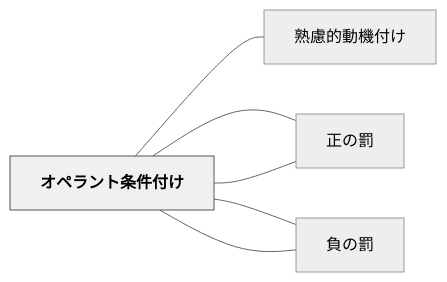
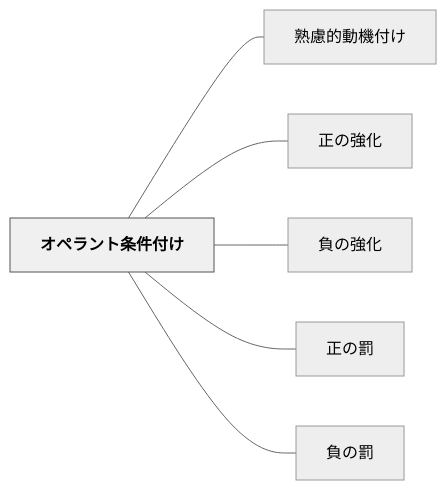
Before and after one commit to unknownthings-ed-patterns/unknownthings-ed-patterns: the diagram in content/パタン/オペラント条件付け.md, drawn with Mermaid (neutral theme). The commit also changed 527 other files, not shown here.

````diff
--- a/content/パタン/オペラント条件付け.md
+++ b/content/パタン/オペラント条件付け.md
@@ -44,18 +44,18 @@
 ```mermaid
 flowchart LR
-    ne382aae3839a["オペラント条件付け"]
-    ne7869fe685ae["熟慮的動機付け"]
-    ne6ada3e381ae["正の強化"]
-    ne8b2a0e381ae["負の強化"]
-    ne6ada3e381ae["正の罰"]
-    ne8b2a0e381ae["負の罰"]
+    ne382aae3839ae383a9e383b3e38388e69da1e4bbb6e4bb98e38191["オペラント条件付け"]
+    ne7869fe685aee79a84e58b95e6a99fe4bb98e38191["熟慮的動機付け"]
+    ne6ada3e381aee5bcb7e58c96["正の強化"]
+    ne8b2a0e381aee5bcb7e58c96["負の強化"]
+    ne6ada3e381aee7bdb0["正の罰"]
+    ne8b2a0e381aee7bdb0["負の罰"]
 
-    ne382aae3839a --- ne7869fe685ae
-    ne382aae3839a --- ne6ada3e381ae
-    ne382aae3839a --- ne8b2a0e381ae
-    ne382aae3839a --- ne6ada3e381ae
-    ne382aae3839a --- ne8b2a0e381ae
+    ne382aae3839ae383a9e383b3e38388e69da1e4bbb6e4bb98e38191 --- ne7869fe685aee79a84e58b95e6a99fe4bb98e38191
+    ne382aae3839ae383a9e383b3e38388e69da1e4bbb6e4bb98e38191 --- ne6ada3e381aee5bcb7e58c96
+    ne382aae3839ae383a9e383b3e38388e69da1e4bbb6e4bb98e38191 --- ne8b2a0e381aee5bcb7e58c96
+    ne382aae3839ae383a9e383b3e38388e69da1e4bbb6e4bb98e38191 --- ne6ada3e381aee7bdb0
+    ne382aae3839ae383a9e383b3e38388e69da1e4bbb6e4bb98e38191 --- ne8b2a0e381aee7bdb0
 
     classDef hub fill:#f0f0f0,stroke:#555,color:#000,font-weight:bold
-    class ne382aae3839a hub
+    class ne382aae3839ae383a9e383b3e38388e69da1e4bbb6e4bb98e38191 hub
 ```
````
